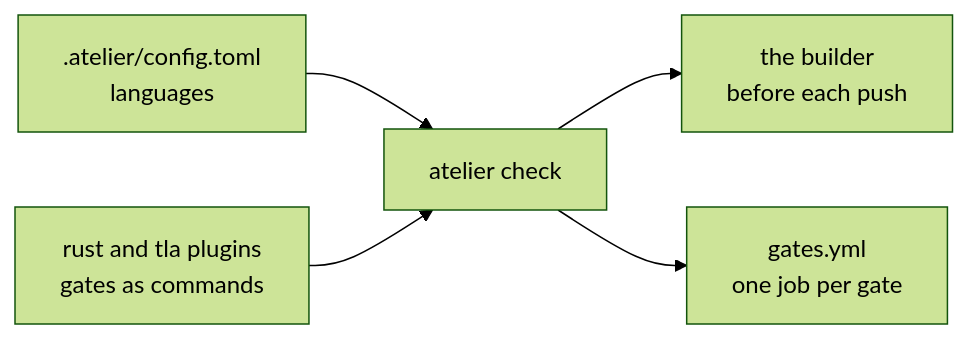
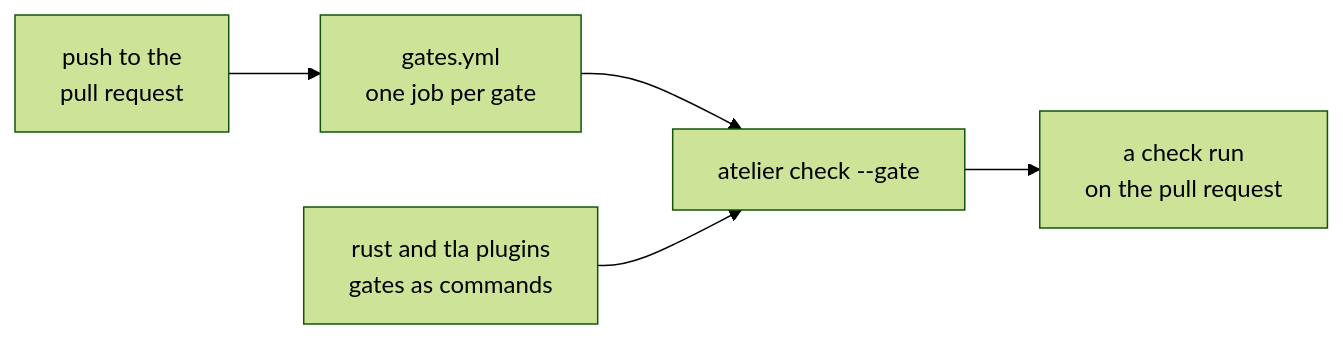
One commit to StevenJPx2/atelier changed the third of 4 diagrams in README.md. Above: the diagram before and after it, drawn with Mermaid (forest theme). The commit also changed other lines of this file, not shown here.

Commit message:
docs: run gates only in CI

````diff
--- a/README.md
+++ b/README.md
@@ -75,7 +76,7 @@
 ```mermaid
 flowchart LR
-    Config[".atelier/config.toml<br/>languages"] --> Check["atelier check"]
+    Push["push to the<br/>pull request"] --> CI["gates.yml<br/>one job per gate"]
+    CI --> Check["atelier check --gate"]
     Plugins["rust and tla plugins<br/>gates as commands"] --> Check
-    Check --> Local["the builder<br/>before each push"]
-    Check --> CI["gates.yml<br/>one job per gate"]
+    Check --> Run["a check run<br/>on the pull request"]
 ```
````
